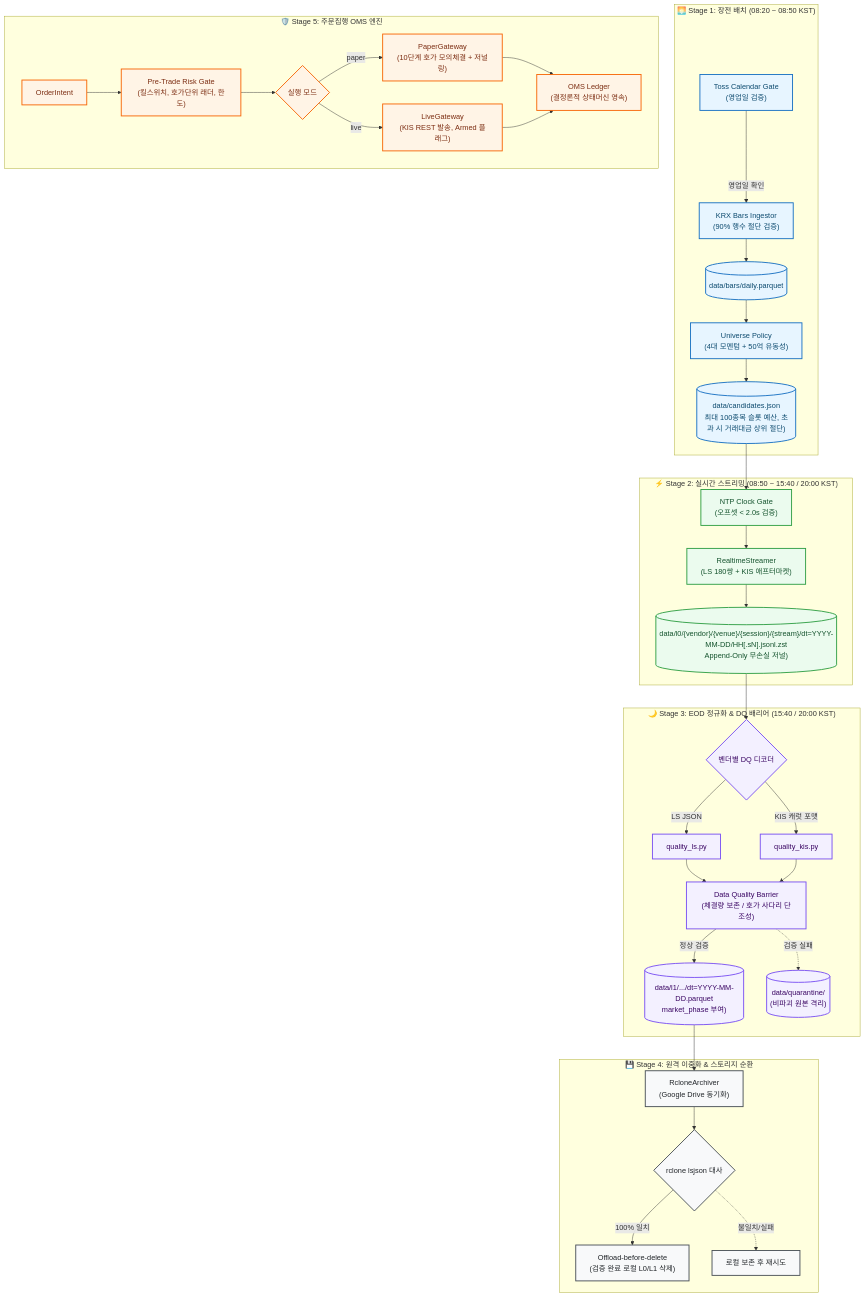
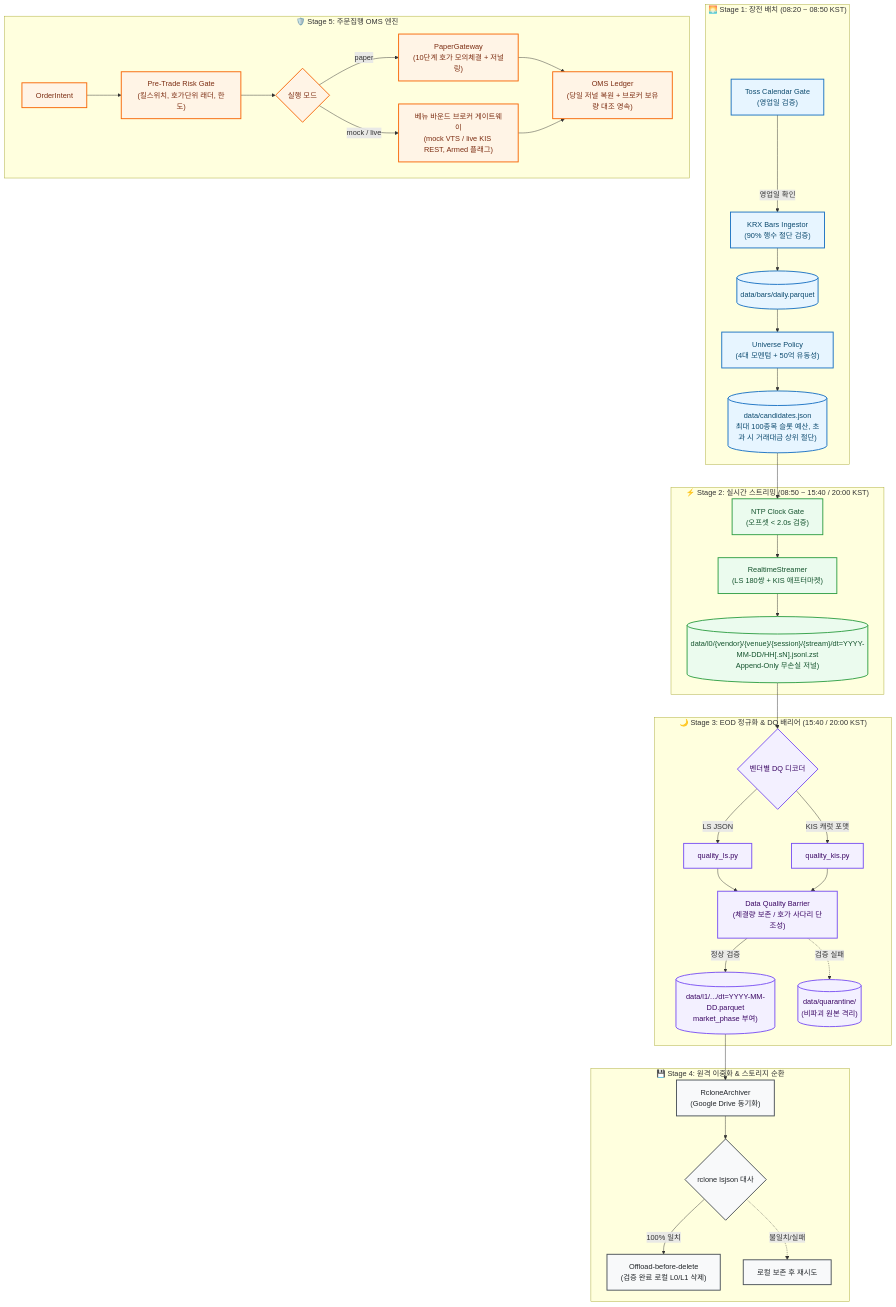
Before and after one commit to KTHYEONG/krx-alpha: the third of 3 diagrams in docs/architecture/system-design.md, drawn with Mermaid. The commit also changed 7 other files, not shown here.

````diff
--- a/docs/architecture/system-design.md
+++ b/docs/architecture/system-design.md
@@ -111,45 +111,45 @@
 ```mermaid
 flowchart TD
     classDef premarket fill:#e7f5ff,stroke:#1971c2,stroke-width:2px,color:#0c4a6e;
     classDef intraday fill:#ebfbee,stroke:#2f9e44,stroke-width:2px,color:#14532d;
     classDef eod fill:#f3f0ff,stroke:#7950f2,stroke-width:2px,color:#3b0764;
     classDef remote fill:#f8f9fa,stroke:#495057,stroke-width:2px,color:#212529;
     classDef exec fill:#fff4e6,stroke:#f76707,stroke-width:2px,color:#7c2d12;
 
     subgraph S1 ["🌅 Stage 1: 장전 배치 (08:20 ~ 08:50 KST)"]
         TOSS_CAL["Toss Calendar Gate<br/>(영업일 검증)"]:::premarket -->|영업일 확인| BARS_INGEST["KRX Bars Ingestor<br/>(90% 행수 절단 검증)"]:::premarket
         BARS_INGEST --> BARS_STORE[("data/bars/daily.parquet")]:::premarket
         BARS_STORE --> UNIV_PLAN["Universe Policy<br/>(4대 모멘텀 + 50억 유동성)"]:::premarket
         UNIV_PLAN --> CAND_IPC[("data/candidates.json<br/>최대 100종목 슬롯 예산, 초과 시 거래대금 상위 절단)")]:::premarket
     end
 
     subgraph S2 ["⚡ Stage 2: 실시간 스트리밍 (08:50 ~ 15:40 / 20:00 KST)"]
         CAND_IPC --> CLOCK_GATE["NTP Clock Gate<br/>(오프셋 < 2.0s 검증)"]:::intraday
         CLOCK_GATE --> STREAM_LOOP["RealtimeStreamer<br/>(LS 180쌍 + KIS 애프터마켓)"]:::intraday
         STREAM_LOOP --> L0_STORE[("data/l0/{vendor}/{venue}/{session}/{stream}/dt=YYYY-MM-DD/HH[.sN].jsonl.zst<br/>Append-Only 무손실 저널)")]:::intraday
     end
 
     subgraph S3 ["🌙 Stage 3: EOD 정규화 & DQ 배리어 (15:40 / 20:00 KST)"]
         L0_STORE --> DQ_DECODE{"벤더별 DQ 디코더"}:::eod
         DQ_DECODE -->|LS JSON| DQ_LS["quality_ls.py"]:::eod
         DQ_DECODE -->|KIS 캐럿 포맷| DQ_KIS["quality_kis.py"]:::eod
         DQ_LS & DQ_KIS --> DQ_BARRIER["Data Quality Barrier<br/>(체결량 보존 / 호가 사다리 단조성)"]:::eod
         DQ_BARRIER -->|정상 검증| L1_STORE[("data/l1/.../dt=YYYY-MM-DD.parquet<br/>market_phase 부여)")]:::eod
         DQ_BARRIER -.->|검증 실패| QUARANTINE[("data/quarantine/<br/>(비파괴 원본 격리)")]:::eod
     end
 
     subgraph S4 ["💾 Stage 4: 원격 이중화 & 스토리지 순환"]
         L1_STORE --> RCLONE_SYNC["RcloneArchiver<br/>(Google Drive 동기화)"]:::remote
         RCLONE_SYNC --> BYTE_CHECK{"rclone lsjson 대사"}:::remote
         BYTE_CHECK -->|100% 일치| PRUNE_ENGINE["Offload-before-delete<br/>(검증 완료 로컬 L0/L1 삭제)"]:::remote
         BYTE_CHECK -.->|불일치/실패| RETAIN_LOCAL["로컬 보존 후 재시도"]:::remote
     end
 
     subgraph S5 ["🛡️ Stage 5: 주문집행 OMS 엔진"]
         INTENT["OrderIntent"]:::exec --> RISK_GATE["Pre-Trade Risk Gate<br/>(킬스위치, 호가단위 래더, 한도)"]:::exec
         RISK_GATE --> GATE_SPLIT{"실행 모드"}:::exec
         GATE_SPLIT -->|paper| PAPER_GATE["PaperGateway<br/>(10단계 호가 모의체결 + 저널링)"]:::exec
-        GATE_SPLIT -->|live| LIVE_GATE["LiveGateway<br/>(KIS REST 발송, Armed 플래그)"]:::exec
-        PAPER_GATE & LIVE_GATE --> OMS_LEDGER["OMS Ledger<br/>(결정론적 상태머신 영속)"]:::exec
+        GATE_SPLIT -->|mock / live| VENUE_GATE["베뉴 바운드 브로커 게이트웨이<br/>(mock VTS / live KIS REST, Armed 플래그)"]:::exec
+        PAPER_GATE & VENUE_GATE --> OMS_LEDGER["OMS Ledger<br/>(당일 저널 복원 + 브로커 보유량 대조 영속)"]:::exec
     end
 ```
````
